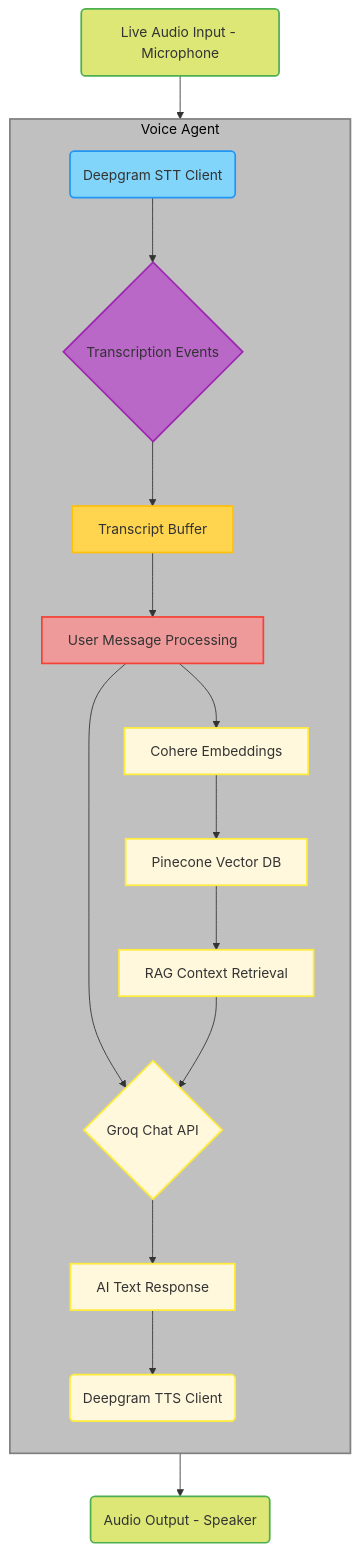
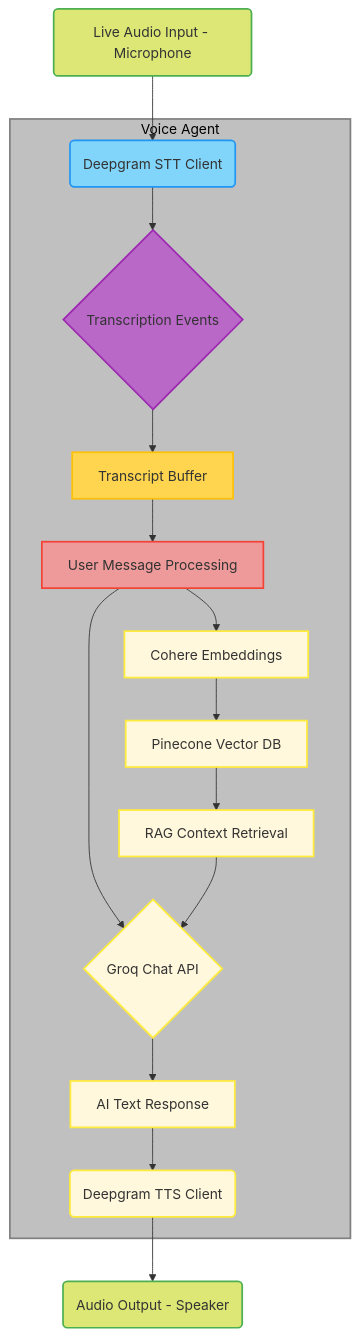
The third of 3 diagrams in backend/README.md (MeriemTerki/PsycheAI), drawn with Mermaid before and after one commit.

````diff
--- a/backend/README.md
+++ b/backend/README.md
@@ -100,47 +100,46 @@
 ```mermaid
 graph TD
     InputMic(Live Audio Input - Microphone)
     OutputSpeaker(Audio Output - Speaker)
 
     subgraph voice_agent_subgraph["Voice Agent"]
-        direction TD
         DeepgramSTT(Deepgram STT Client)
         TransEvents{Transcription Events}
         TranscriptBuffer[Transcript Buffer]
         UserMsgProc[User Message Processing]
         GroqChat{Groq Chat API}
         CohereEmbed[Cohere Embeddings]
         PineconeDB[Pinecone Vector DB]
         RAGContext[RAG Context Retrieval]
         AIText[AI Text Response]
         DeepgramTTS(Deepgram TTS Client)
     end
 
     InputMic --> DeepgramSTT
     DeepgramSTT --> TransEvents
     TransEvents --> TranscriptBuffer
     TranscriptBuffer --> UserMsgProc
     UserMsgProc --> GroqChat
     UserMsgProc --> CohereEmbed
     CohereEmbed --> PineconeDB
     PineconeDB --> RAGContext
     RAGContext --> GroqChat
     GroqChat --> AIText
     AIText --> DeepgramTTS
     DeepgramTTS --> OutputSpeaker
 
     style InputMic fill:#DCE775,stroke:#4CAF50,stroke-width:2px
     style OutputSpeaker fill:#DCE775,stroke:#4CAF50,stroke-width:2px
     style DeepgramSTT fill:#81D4FA,stroke:#2196F3,stroke-width:2px
     style TransEvents fill:#BA68C8,stroke:#9C27B0,stroke-width:2px
     style TranscriptBuffer fill:#FFD54F,stroke:#FFC107,stroke-width:2px
     style UserMsgProc fill:#EF9A9A,stroke:#F44336,stroke-width:2px
     style GroqChat fill:#FFF8DC,stroke:#FFEB3B,stroke-width:2px
     style CohereEmbed fill:#FFF8DC,stroke:#FFEB3B,stroke-width:2px
     style PineconeDB fill:#FFF8DC,stroke:#FFEB3B,stroke-width:2px
     style RAGContext fill:#FFF8DC,stroke:#FFEB3B,stroke-width:2px
     style AIText fill:#FFF8DC,stroke:#FFEB3B,stroke-width:2px
     style DeepgramTTS fill:#FFF8DC,stroke:#FFEB3B,stroke-width:2px
     style voice_agent_subgraph fill:#C0C0C0,stroke:#808080,stroke-width:2px,color:#000000
 
 ```
````
